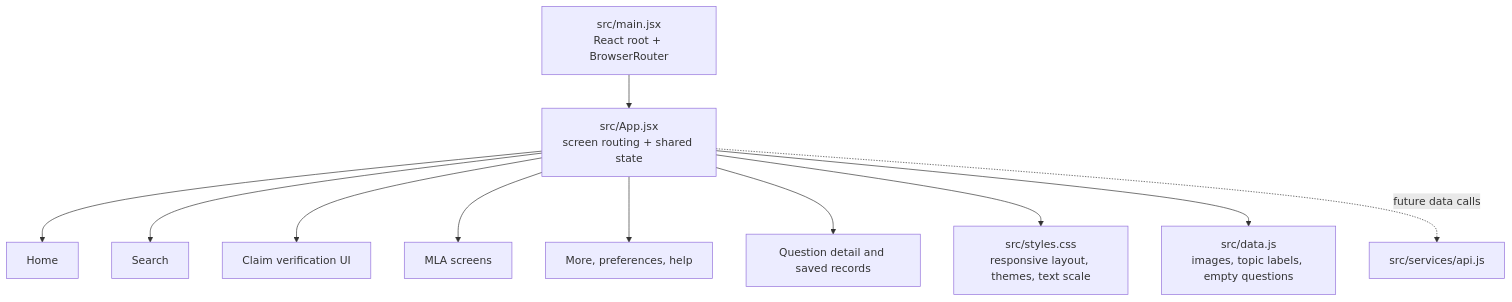
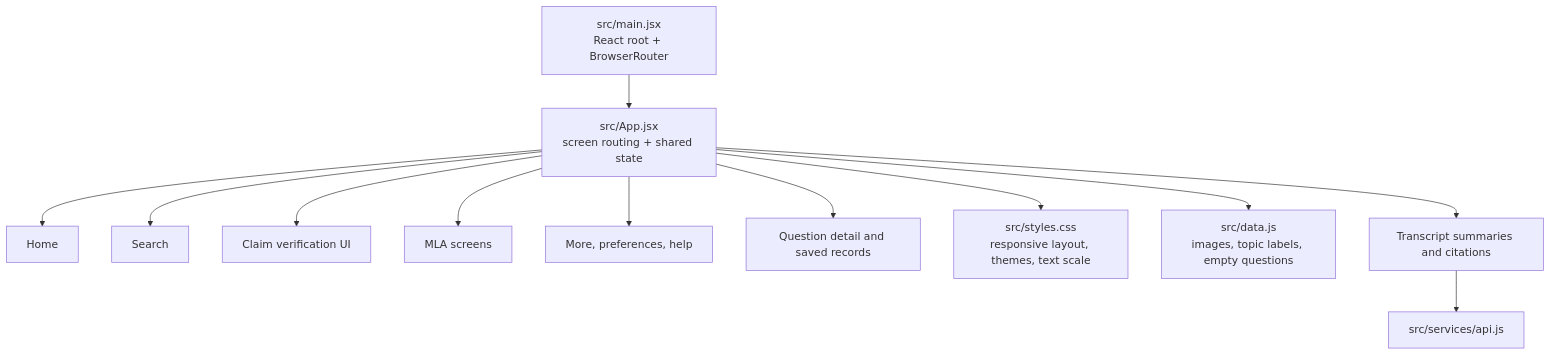
Before and after one commit to P-M-Manmohan/legislative_reporter: the second of 3 diagrams in ARCHITECTURE.md, drawn with Mermaid. The commit also changed other lines of this file and 10 other files, not shown here.

````diff
--- a/ARCHITECTURE.md
+++ b/ARCHITECTURE.md
@@ -37,13 +37,14 @@
 ```mermaid
 flowchart TD
     Entry[src/main.jsx<br/>React root + BrowserRouter] --> App[src/App.jsx<br/>screen routing + shared state]
     App --> Home[Home]
     App --> Search[Search]
     App --> Claim[Claim verification UI]
     App --> MLAs[MLA screens]
     App --> More[More, preferences, help]
     App --> Records[Question detail and saved records]
     App --> CSS[src/styles.css<br/>responsive layout, themes, text scale]
     App --> Data[src/data.js<br/>images, topic labels, empty questions]
-    App -. future data calls .-> API[src/services/api.js]
+    App --> Summaries[Transcript summaries and citations]
+    Summaries --> API[src/services/api.js]
 ```
````
